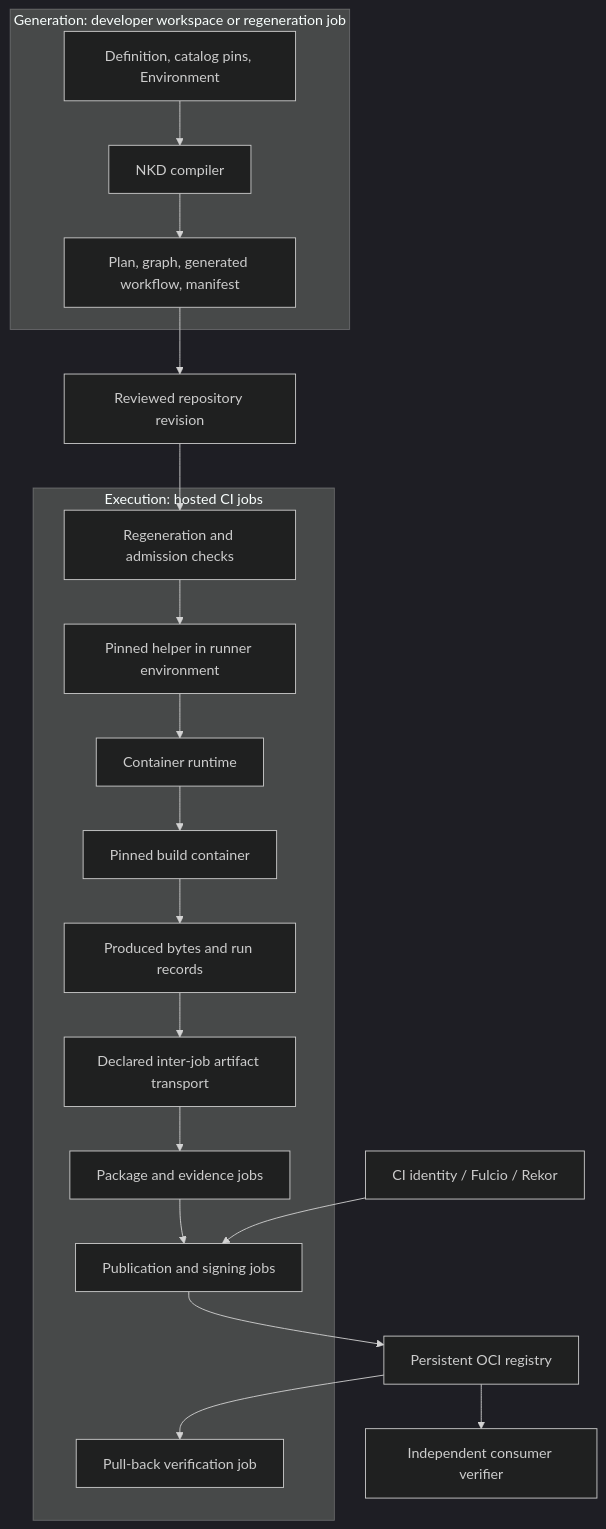
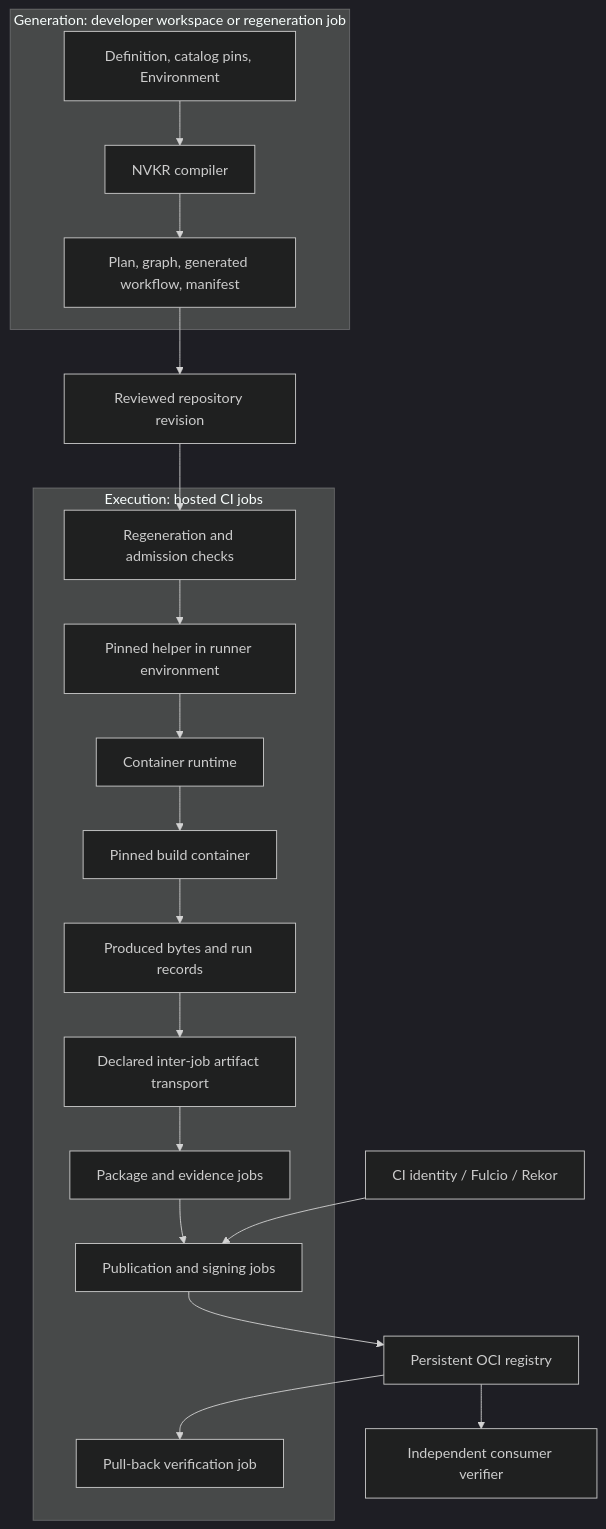
The second of 6 diagrams in docs/sadd.md (Lazzer64/nvkr), drawn with Mermaid (dark theme) before and after one commit. The commit also changed other lines of this file and 2278 other files, not shown here.

````diff
--- a/docs/sadd.md
+++ b/docs/sadd.md
@@ -171,23 +171,23 @@
 ```mermaid
 flowchart TB
   subgraph Generation["Generation: developer workspace or regeneration job"]
-    Inputs["Definition, catalog pins, Environment"] --> Compiler["NKD compiler"]
+    Inputs["Definition, catalog pins, Environment"] --> Compiler["NVKR compiler"]
     Compiler --> Bundle["Plan, graph, generated workflow, manifest"]
   end
   Bundle --> Repository["Reviewed repository revision"]
   Repository --> Gate["Regeneration and admission checks"]
   subgraph Execution["Execution: hosted CI jobs"]
     Gate --> Helper["Pinned helper in runner environment"]
     Helper --> Runtime["Container runtime"]
     Runtime --> Build["Pinned build container"]
     Build --> Workspace["Produced bytes and run records"]
     Workspace --> Transport["Declared inter-job artifact transport"]
     Transport --> Package["Package and evidence jobs"]
     Package --> Publish["Publication and signing jobs"]
     PullBack["Pull-back verification job"]
   end
   Publish --> OCI["Persistent OCI registry"]
   Identity["CI identity / Fulcio / Rekor"] --> Publish
   OCI --> PullBack
   OCI --> Consumer["Independent consumer verifier"]
 ```
````
